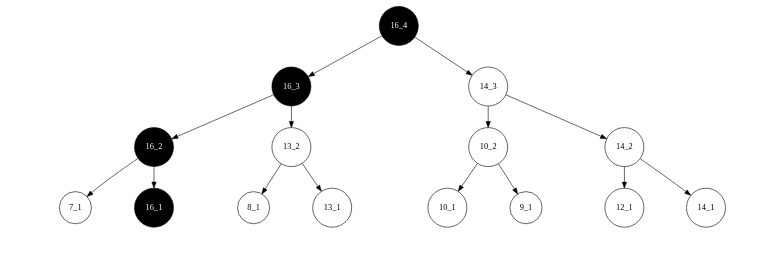
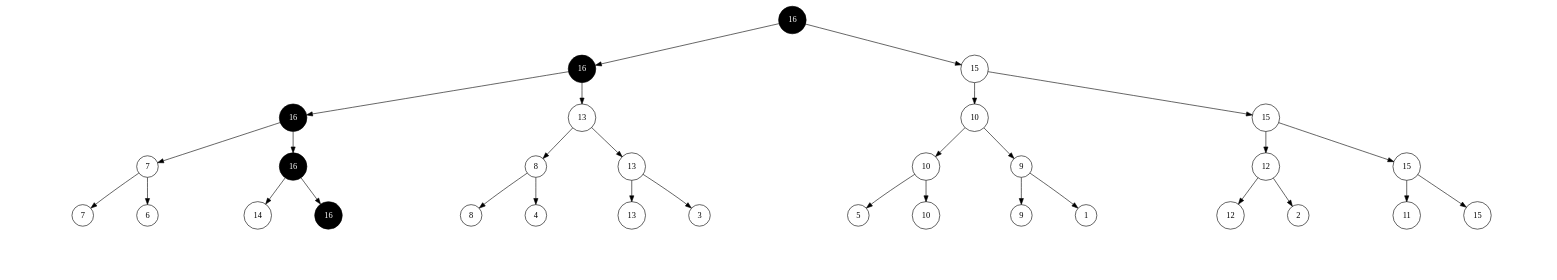
The diagram in sorting/select-sort/img/tournament-tree-1.dot (liuxinyu95/AlgoXY), drawn with Graphviz before and after one commit. The commit also changed 7 other files, not shown here.

```diff
--- a/sorting/select-sort/img/tournament-tree-1.dot
+++ b/sorting/select-sort/img/tournament-tree-1.dot
@@ -1,109 +1,221 @@
 digraph G{
 	node[shape=circle]
-	a16_4[label="16_4", style=filled, fillcolor=black, fontcolor=white];
-	a16_3[label="16_3", style=filled, fillcolor=black, fontcolor=white];
-	a16_2[label="16_2", style=filled, fillcolor=black, fontcolor=white];
-	a7_1[label="7_1", style=filled, fillcolor=white, fontcolor=black];
-	nila7_1l[label="", style=invis];
-	nila7_1r[label="", style=invis];
-	nila7_1m[label="", style=invis];
-	a7_1->nila7_1l[style=invis];
-	a7_1->nila7_1m[style=invis];
-	a7_1->nila7_1r[style=invis];
-	{rank=same nila7_1l->nila7_1m->nila7_1r[style=invis]}
-	a16_1[label="16_1", style=filled, fillcolor=black, fontcolor=white];
-	nila16_1l[label="", style=invis];
-	nila16_1r[label="", style=invis];
+	a16_0[label="16", style=filled, fillcolor=black, fontcolor=white];
+	a16_1[label="16", style=filled, fillcolor=black, fontcolor=white];
+	a16_2[label="16", style=filled, fillcolor=black, fontcolor=white];
+	a7_3[label="7", style=filled, fillcolor=white, fontcolor=black];
+	a7_4[label="7", style=filled, fillcolor=white, fontcolor=black];
+	nila7_4l[label="", style=invis];
+	nila7_4r[label="", style=invis];
+	nila7_4m[label="", style=invis];
+	a7_4->nila7_4l[style=invis];
+	a7_4->nila7_4m[style=invis];
+	a7_4->nila7_4r[style=invis];
+	{rank=same nila7_4l->nila7_4m->nila7_4r[style=invis]}
+	a6_4[label="6", style=filled, fillcolor=white, fontcolor=black];
+	nila6_4l[label="", style=invis];
+	nila6_4r[label="", style=invis];
+	nila6_4m[label="", style=invis];
+	a6_4->nila6_4l[style=invis];
+	a6_4->nila6_4m[style=invis];
+	a6_4->nila6_4r[style=invis];
+	{rank=same nila6_4l->nila6_4m->nila6_4r[style=invis]}
+	nila7_3m[label="", style=invis];
+	a7_3->a7_4
+	a7_3->nila7_3m[style=invis];
+	a7_3->a6_4
+	{rank=same a7_4->nila7_3m->a6_4[style=invis]}
+	a16_3[label="16", style=filled, fillcolor=black, fontcolor=white];
+	a14_4[label="14", style=filled, fillcolor=white, fontcolor=black];
+	nila14_4l[label="", style=invis];
+	nila14_4r[label="", style=invis];
+	nila14_4m[label="", style=invis];
+	a14_4->nila14_4l[style=invis];
+	a14_4->nila14_4m[style=invis];
+	a14_4->nila14_4r[style=invis];
+	{rank=same nila14_4l->nila14_4m->nila14_4r[style=invis]}
+	a16_4[label="16", style=filled, fillcolor=black, fontcolor=white];
+	nila16_4l[label="", style=invis];
+	nila16_4r[label="", style=invis];
+	nila16_4m[label="", style=invis];
+	a16_4->nila16_4l[style=invis];
+	a16_4->nila16_4m[style=invis];
+	a16_4->nila16_4r[style=invis];
+	{rank=same nila16_4l->nila16_4m->nila16_4r[style=invis]}
+	nila16_3m[label="", style=invis];
+	a16_3->a14_4
+	a16_3->nila16_3m[style=invis];
+	a16_3->a16_4
+	{rank=same a14_4->nila16_3m->a16_4[style=invis]}
+	nila16_2m[label="", style=invis];
+	a16_2->a7_3
+	a16_2->nila16_2m[style=invis];
+	a16_2->a16_3
+	{rank=same a7_3->nila16_2m->a16_3[style=invis]}
+	a13_2[label="13", style=filled, fillcolor=white, fontcolor=black];
+	a8_3[label="8", style=filled, fillcolor=white, fontcolor=black];
+	a8_4[label="8", style=filled, fillcolor=white, fontcolor=black];
+	nila8_4l[label="", style=invis];
+	nila8_4r[label="", style=invis];
+	nila8_4m[label="", style=invis];
+	a8_4->nila8_4l[style=invis];
+	a8_4->nila8_4m[style=invis];
+	a8_4->nila8_4r[style=invis];
+	{rank=same nila8_4l->nila8_4m->nila8_4r[style=invis]}
+	a4_4[label="4", style=filled, fillcolor=white, fontcolor=black];
+	nila4_4l[label="", style=invis];
+	nila4_4r[label="", style=invis];
+	nila4_4m[label="", style=invis];
+	a4_4->nila4_4l[style=invis];
+	a4_4->nila4_4m[style=invis];
+	a4_4->nila4_4r[style=invis];
+	{rank=same nila4_4l->nila4_4m->nila4_4r[style=invis]}
+	nila8_3m[label="", style=invis];
+	a8_3->a8_4
+	a8_3->nila8_3m[style=invis];
+	a8_3->a4_4
+	{rank=same a8_4->nila8_3m->a4_4[style=invis]}
+	a13_3[label="13", style=filled, fillcolor=white, fontcolor=black];
+	a13_4[label="13", style=filled, fillcolor=white, fontcolor=black];
+	nila13_4l[label="", style=invis];
+	nila13_4r[label="", style=invis];
+	nila13_4m[label="", style=invis];
+	a13_4->nila13_4l[style=invis];
+	a13_4->nila13_4m[style=invis];
+	a13_4->nila13_4r[style=invis];
+	{rank=same nila13_4l->nila13_4m->nila13_4r[style=invis]}
+	a3_4[label="3", style=filled, fillcolor=white, fontcolor=black];
+	nila3_4l[label="", style=invis];
+	nila3_4r[label="", style=invis];
+	nila3_4m[label="", style=invis];
+	a3_4->nila3_4l[style=invis];
+	a3_4->nila3_4m[style=invis];
+	a3_4->nila3_4r[style=invis];
+	{rank=same nila3_4l->nila3_4m->nila3_4r[style=invis]}
+	nila13_3m[label="", style=invis];
+	a13_3->a13_4
+	a13_3->nila13_3m[style=invis];
+	a13_3->a3_4
+	{rank=same a13_4->nila13_3m->a3_4[style=invis]}
+	nila13_2m[label="", style=invis];
+	a13_2->a8_3
+	a13_2->nila13_2m[style=invis];
+	a13_2->a13_3
+	{rank=same a8_3->nila13_2m->a13_3[style=invis]}
 	nila16_1m[label="", style=invis];
-	a16_1->nila16_1l[style=invis];
+	a16_1->a16_2
 	a16_1->nila16_1m[style=invis];
-	a16_1->nila16_1r[style=invis];
-	{rank=same nila16_1l->nila16_1m->nila16_1r[style=invis]}
-	nila16_2m[label="", style=invis];
-	a16_2->a7_1
-	a16_2->nila16_2m[style=invis];
-	a16_2->a16_1
-	{rank=same a7_1->nila16_2m->a16_1[style=invis]}
-	a13_2[label="13_2", style=filled, fillcolor=white, fontcolor=black];
-	a8_1[label="8_1", style=filled, fillcolor=white, fontcolor=black];
-	nila8_1l[label="", style=invis];
-	nila8_1r[label="", style=invis];
-	nila8_1m[label="", style=invis];
-	a8_1->nila8_1l[style=invis];
-	a8_1->nila8_1m[style=invis];
-	a8_1->nila8_1r[style=invis];
-	{rank=same nila8_1l->nila8_1m->nila8_1r[style=invis]}
-	a13_1[label="13_1", style=filled, fillcolor=white, fontcolor=black];
-	nila13_1l[label="", style=invis];
-	nila13_1r[label="", style=invis];
-	nila13_1m[label="", style=invis];
-	a13_1->nila13_1l[style=invis];
-	a13_1->nila13_1m[style=invis];
-	a13_1->nila13_1r[style=invis];
-	{rank=same nila13_1l->nila13_1m->nila13_1r[style=invis]}
-	nila13_2m[label="", style=invis];
-	a13_2->a8_1
-	a13_2->nila13_2m[style=invis];
-	a13_2->a13_1
-	{rank=same a8_1->nila13_2m->a13_1[style=invis]}
-	nila16_3m[label="", style=invis];
-	a16_3->a16_2
-	a16_3->nila16_3m[style=invis];
-	a16_3->a13_2
-	{rank=same a16_2->nila16_3m->a13_2[style=invis]}
-	a14_3[label="14_3", style=filled, fillcolor=white, fontcolor=black];
-	a10_2[label="10_2", style=filled, fillcolor=white, fontcolor=black];
-	a10_1[label="10_1", style=filled, fillcolor=white, fontcolor=black];
-	nila10_1l[label="", style=invis];
-	nila10_1r[label="", style=invis];
-	nila10_1m[label="", style=invis];
-	a10_1->nila10_1l[style=invis];
-	a10_1->nila10_1m[style=invis];
-	a10_1->nila10_1r[style=invis];
-	{rank=same nila10_1l->nila10_1m->nila10_1r[style=invis]}
-	a9_1[label="9_1", style=filled, fillcolor=white, fontcolor=black];
-	nila9_1l[label="", style=invis];
-	nila9_1r[label="", style=invis];
-	nila9_1m[label="", style=invis];
-	a9_1->nila9_1l[style=invis];
-	a9_1->nila9_1m[style=invis];
-	a9_1->nila9_1r[style=invis];
-	{rank=same nila9_1l->nila9_1m->nila9_1r[style=invis]}
+	a16_1->a13_2
+	{rank=same a16_2->nila16_1m->a13_2[style=invis]}
+	a15_1[label="15", style=filled, fillcolor=white, fontcolor=black];
+	a10_2[label="10", style=filled, fillcolor=white, fontcolor=black];
+	a10_3[label="10", style=filled, fillcolor=white, fontcolor=black];
+	a5_4[label="5", style=filled, fillcolor=white, fontcolor=black];
+	nila5_4l[label="", style=invis];
+	nila5_4r[label="", style=invis];
+	nila5_4m[label="", style=invis];
+	a5_4->nila5_4l[style=invis];
+	a5_4->nila5_4m[style=invis];
+	a5_4->nila5_4r[style=invis];
+	{rank=same nila5_4l->nila5_4m->nila5_4r[style=invis]}
+	a10_4[label="10", style=filled, fillcolor=white, fontcolor=black];
+	nila10_4l[label="", style=invis];
+	nila10_4r[label="", style=invis];
+	nila10_4m[label="", style=invis];
+	a10_4->nila10_4l[style=invis];
+	a10_4->nila10_4m[style=invis];
+	a10_4->nila10_4r[style=invis];
+	{rank=same nila10_4l->nila10_4m->nila10_4r[style=invis]}
+	nila10_3m[label="", style=invis];
+	a10_3->a5_4
+	a10_3->nila10_3m[style=invis];
+	a10_3->a10_4
+	{rank=same a5_4->nila10_3m->a10_4[style=invis]}
+	a9_3[label="9", style=filled, fillcolor=white, fontcolor=black];
+	a9_4[label="9", style=filled, fillcolor=white, fontcolor=black];
+	nila9_4l[label="", style=invis];
+	nila9_4r[label="", style=invis];
+	nila9_4m[label="", style=invis];
+	a9_4->nila9_4l[style=invis];
+	a9_4->nila9_4m[style=invis];
+	a9_4->nila9_4r[style=invis];
+	{rank=same nila9_4l->nila9_4m->nila9_4r[style=invis]}
+	a1_4[label="1", style=filled, fillcolor=white, fontcolor=black];
+	nila1_4l[label="", style=invis];
+	nila1_4r[label="", style=invis];
+	nila1_4m[label="", style=invis];
+	a1_4->nila1_4l[style=invis];
+	a1_4->nila1_4m[style=invis];
+	a1_4->nila1_4r[style=invis];
+	{rank=same nila1_4l->nila1_4m->nila1_4r[style=invis]}
+	nila9_3m[label="", style=invis];
+	a9_3->a9_4
+	a9_3->nila9_3m[style=invis];
+	a9_3->a1_4
+	{rank=same a9_4->nila9_3m->a1_4[style=invis]}
 	nila10_2m[label="", style=invis];
-	a10_2->a10_1
+	a10_2->a10_3
 	a10_2->nila10_2m[style=invis];
-	a10_2->a9_1
-	{rank=same a10_1->nila10_2m->a9_1[style=invis]}
-	a14_2[label="14_2", style=filled, fillcolor=white, fontcolor=black];
-	a12_1[label="12_1", style=filled, fillcolor=white, fontcolor=black];
-	nila12_1l[label="", style=invis];
-	nila12_1r[label="", style=invis];
-	nila12_1m[label="", style=invis];
-	a12_1->nila12_1l[style=invis];
-	a12_1->nila12_1m[style=invis];
-	a12_1->nila12_1r[style=invis];
-	{rank=same nila12_1l->nila12_1m->nila12_1r[style=invis]}
-	a14_1[label="14_1", style=filled, fillcolor=white, fontcolor=black];
-	nila14_1l[label="", style=invis];
-	nila14_1r[label="", style=invis];
-	nila14_1m[label="", style=invis];
-	a14_1->nila14_1l[style=invis];
-	a14_1->nila14_1m[style=invis];
-	a14_1->nila14_1r[style=invis];
-	{rank=same nila14_1l->nila14_1m->nila14_1r[style=invis]}
-	nila14_2m[label="", style=invis];
-	a14_2->a12_1
-	a14_2->nila14_2m[style=invis];
-	a14_2->a14_1
-	{rank=same a12_1->nila14_2m->a14_1[style=invis]}
-	nila14_3m[label="", style=invis];
-	a14_3->a10_2
-	a14_3->nila14_3m[style=invis];
-	a14_3->a14_2
-	{rank=same a10_2->nila14_3m->a14_2[style=invis]}
-	nila16_4m[label="", style=invis];
-	a16_4->a16_3
-	a16_4->nila16_4m[style=invis];
-	a16_4->a14_3
-	{rank=same a16_3->nila16_4m->a14_3[style=invis]}
+	a10_2->a9_3
+	{rank=same a10_3->nila10_2m->a9_3[style=invis]}
+	a15_2[label="15", style=filled, fillcolor=white, fontcolor=black];
+	a12_3[label="12", style=filled, fillcolor=white, fontcolor=black];
+	a12_4[label="12", style=filled, fillcolor=white, fontcolor=black];
+	nila12_4l[label="", style=invis];
+	nila12_4r[label="", style=invis];
+	nila12_4m[label="", style=invis];
+	a12_4->nila12_4l[style=invis];
+	a12_4->nila12_4m[style=invis];
+	a12_4->nila12_4r[style=invis];
+	{rank=same nila12_4l->nila12_4m->nila12_4r[style=invis]}
+	a2_4[label="2", style=filled, fillcolor=white, fontcolor=black];
+	nila2_4l[label="", style=invis];
+	nila2_4r[label="", style=invis];
+	nila2_4m[label="", style=invis];
+	a2_4->nila2_4l[style=invis];
+	a2_4->nila2_4m[style=invis];
+	a2_4->nila2_4r[style=invis];
+	{rank=same nila2_4l->nila2_4m->nila2_4r[style=invis]}
+	nila12_3m[label="", style=invis];
+	a12_3->a12_4
+	a12_3->nila12_3m[style=invis];
+	a12_3->a2_4
+	{rank=same a12_4->nila12_3m->a2_4[style=invis]}
+	a15_3[label="15", style=filled, fillcolor=white, fontcolor=black];
+	a11_4[label="11", style=filled, fillcolor=white, fontcolor=black];
+	nila11_4l[label="", style=invis];
+	nila11_4r[label="", style=invis];
+	nila11_4m[label="", style=invis];
+	a11_4->nila11_4l[style=invis];
+	a11_4->nila11_4m[style=invis];
+	a11_4->nila11_4r[style=invis];
+	{rank=same nila11_4l->nila11_4m->nila11_4r[style=invis]}
+	a15_4[label="15", style=filled, fillcolor=white, fontcolor=black];
+	nila15_4l[label="", style=invis];
+	nila15_4r[label="", style=invis];
+	nila15_4m[label="", style=invis];
+	a15_4->nila15_4l[style=invis];
+	a15_4->nila15_4m[style=invis];
+	a15_4->nila15_4r[style=invis];
+	{rank=same nila15_4l->nila15_4m->nila15_4r[style=invis]}
+	nila15_3m[label="", style=invis];
+	a15_3->a11_4
+	a15_3->nila15_3m[style=invis];
+	a15_3->a15_4
+	{rank=same a11_4->nila15_3m->a15_4[style=invis]}
+	nila15_2m[label="", style=invis];
+	a15_2->a12_3
+	a15_2->nila15_2m[style=invis];
+	a15_2->a15_3
+	{rank=same a12_3->nila15_2m->a15_3[style=invis]}
+	nila15_1m[label="", style=invis];
+	a15_1->a10_2
+	a15_1->nila15_1m[style=invis];
+	a15_1->a15_2
+	{rank=same a10_2->nila15_1m->a15_2[style=invis]}
+	nila16_0m[label="", style=invis];
+	a16_0->a16_1
+	a16_0->nila16_0m[style=invis];
+	a16_0->a15_1
+	{rank=same a16_1->nila16_0m->a15_1[style=invis]}
 }
```
